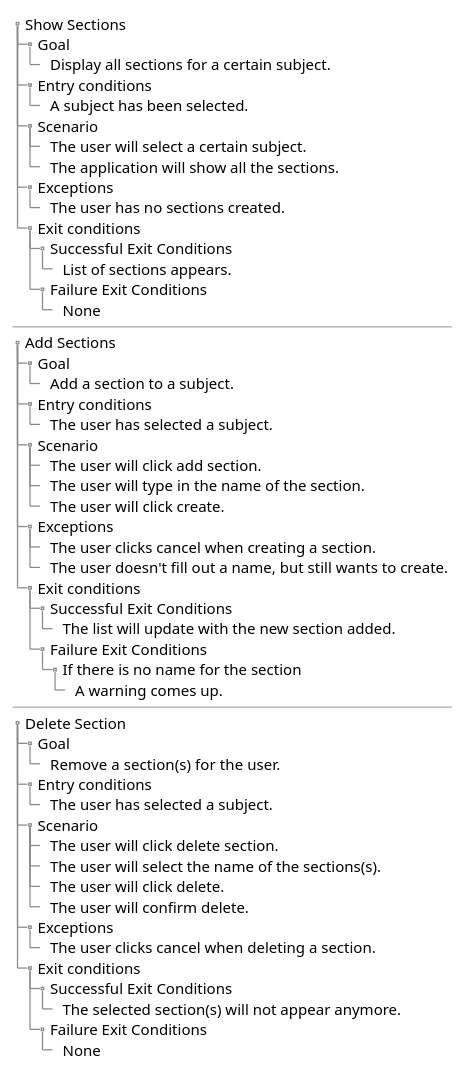
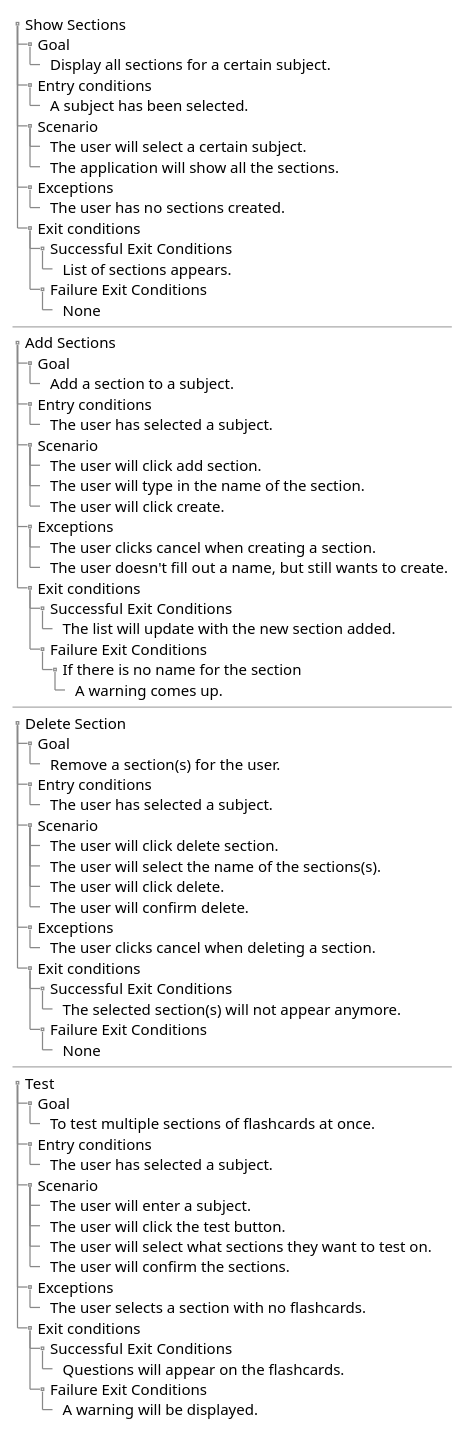
Before and after one commit to ultiferrago/ElStudioGato: the diagram in app/UML/Usecases/Section.puml, drawn with PlantUML. The commit also changed 5 other files, not shown here.

Commit message:
UML update

```diff
--- a/app/UML/Usecases/Section.puml
+++ b/app/UML/Usecases/Section.puml
@@ -1,62 +1,82 @@
 @startsalt
 {
 {T
 + Show Sections
 ++  Goal
 +++ Display all sections for a certain subject.
 ++ Entry conditions
 +++ A subject has been selected.
 ++ Scenario
 +++ The user will select a certain subject.
 +++ The application will show all the sections.
 ++ Exceptions
 +++ The user has no sections created.
 ++ Exit conditions
 +++ Successful Exit Conditions
 ++++ List of sections appears.
 +++ Failure Exit Conditions
 ++++ None
 }
 ---
 {T
 + Add Sections
 ++  Goal
 +++ Add a section to a subject.
 ++ Entry conditions
 +++ The user has selected a subject.
 ++ Scenario
 +++ The user will click add section.
 +++ The user will type in the name of the section.
 +++ The user will click create.
 ++ Exceptions
 +++ The user clicks cancel when creating a section.
 +++ The user doesn't fill out a name, but still wants to create.
 ++ Exit conditions
 +++ Successful Exit Conditions
 ++++ The list will update with the new section added.
 +++ Failure Exit Conditions
 ++++ If there is no name for the section
 +++++A warning comes up.
 }
 ---
 {T
 + Delete Section
 ++  Goal
 +++ Remove a section(s) for the user.
 ++ Entry conditions
 +++ The user has selected a subject.
 ++ Scenario
 +++ The user will click delete section.
 +++ The user will select the name of the sections(s).
 +++ The user will click delete.
 +++ The user will confirm delete.
 ++ Exceptions
 +++ The user clicks cancel when deleting a section.
 ++ Exit conditions
 +++ Successful Exit Conditions
 ++++ The selected section(s) will not appear anymore.
 +++ Failure Exit Conditions
 ++++None
 }
+---
+{T
++ Test
+++  Goal
++++ To test multiple sections of flashcards at once.
+++ Entry conditions
++++ The user has selected a subject.
+++ Scenario
++++ The user will enter a subject.
++++ The user will click the test button.
++++ The user will select what sections they want to test on.
++++ The user will confirm the sections.
+++ Exceptions
++++ The user selects a section with no flashcards.
+++ Exit conditions
++++ Successful Exit Conditions
+++++ Questions will appear on the flashcards.
++++ Failure Exit Conditions
+++++ A warning will be displayed.
+}
 }
 @endsalt
```
